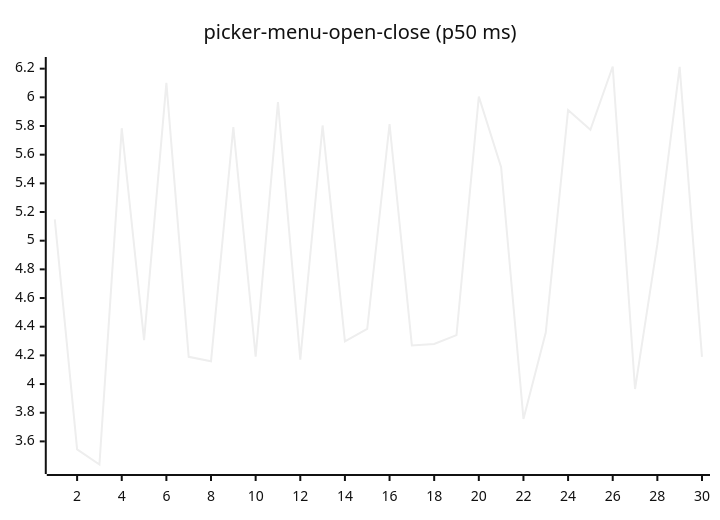
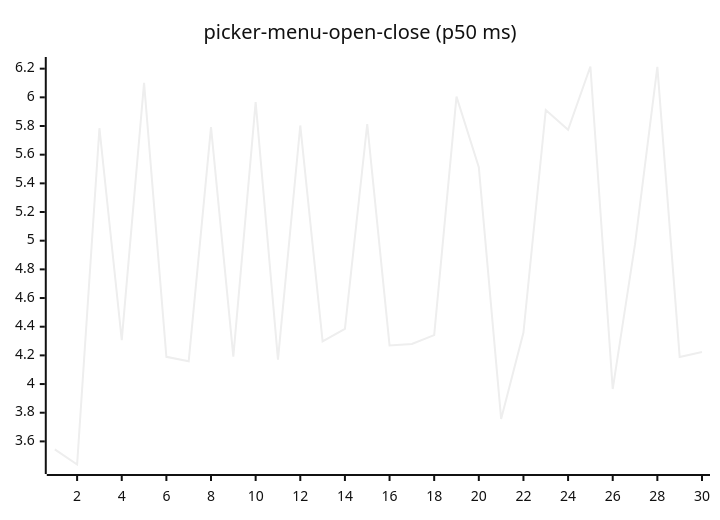
Diagram 16 of 27 in README.md (josha/Facet), drawn with Mermaid (neutral theme) before and after one commit. The commit also changed other lines of this file and 2 other files, not shown here.

````diff
--- a/README.md
+++ b/README.md
@@ -168,6 +168,6 @@
 ```mermaid
 xychart-beta
     title "picker-menu-open-close (p50 ms)"
     x-axis 1 --> 30
-    line [5.1493, 3.5447, 3.4388, 5.7846, 4.3066, 6.1012, 4.1897, 4.1591, 5.7919, 4.1912, 5.9674, 4.1698, 5.8037, 4.2981, 4.3851, 5.8139, 4.2694, 4.2792, 4.3416, 6.0052, 5.5122, 3.7566, 4.3593, 5.9114, 5.7740, 6.2151, 3.9652, 4.9760, 6.2132, 4.1891]
+    line [3.5447, 3.4388, 5.7846, 4.3066, 6.1012, 4.1897, 4.1591, 5.7919, 4.1912, 5.9674, 4.1698, 5.8037, 4.2981, 4.3851, 5.8139, 4.2694, 4.2792, 4.3416, 6.0052, 5.5122, 3.7566, 4.3593, 5.9114, 5.7740, 6.2151, 3.9652, 4.9760, 6.2132, 4.1891, 4.2236]
 ```
````
